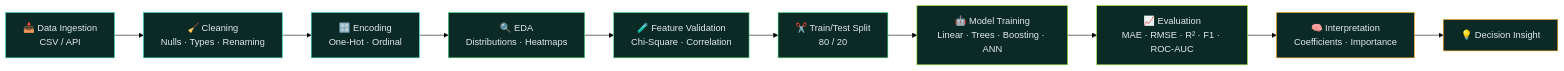
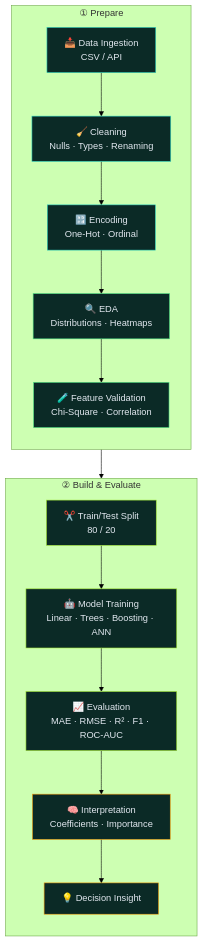
The first of 2 diagrams in README.md (Manohargov/ML-Practice), drawn with Mermaid (forest theme) before and after one commit.

Commit message:
docs: restructure pipeline diagram into two-column subgraph layout

````diff
--- a/README.md
+++ b/README.md
@@ -322,23 +322,31 @@
 ```mermaid
-flowchart LR
-    A["📥 Data Ingestion<br/>CSV / API"] --> B["🧹 Cleaning<br/>Nulls · Types · Renaming"]
-    B --> C["🔡 Encoding<br/>One-Hot · Ordinal"]
-    C --> D["🔍 EDA<br/>Distributions · Heatmaps"]
-    D --> E["🧪 Feature Validation<br/>Chi-Square · Correlation"]
-    E --> F["✂️ Train/Test Split<br/>80 / 20"]
-    F --> G["🤖 Model Training<br/>Linear · Trees · Boosting · ANN"]
-    G --> H["📈 Evaluation<br/>MAE · RMSE · R² · F1 · ROC-AUC"]
-    H --> I["🧠 Interpretation<br/>Coefficients · Importance"]
-    I --> J["💡 Decision Insight"]
+flowchart TB
+    subgraph PREP["① Prepare"]
+        direction TB
+        A["📥 Data Ingestion<br/>CSV / API"] --> B["🧹 Cleaning<br/>Nulls · Types · Renaming"]
+        B --> C["🔡 Encoding<br/>One-Hot · Ordinal"]
+        C --> D["🔍 EDA<br/>Distributions · Heatmaps"]
+        D --> E["🧪 Feature Validation<br/>Chi-Square · Correlation"]
+    end
+
+    subgraph BUILD["② Build & Evaluate"]
+        direction TB
+        F["✂️ Train/Test Split<br/>80 / 20"] --> G["🤖 Model Training<br/>Linear · Trees · Boosting · ANN"]
+        G --> H["📈 Evaluation<br/>MAE · RMSE · R² · F1 · ROC-AUC"]
+        H --> I["🧠 Interpretation<br/>Coefficients · Importance"]
+        I --> J["💡 Decision Insight"]
+    end
+
+    E --> F
 
     style A fill:#0b2a26,stroke:#2DD4BF,color:#e2e8f0
     style B fill:#0b2a26,stroke:#2DD4BF,color:#e2e8f0
     style C fill:#0b2a26,stroke:#2DD4BF,color:#e2e8f0
     style D fill:#0b2a26,stroke:#4ADE80,color:#e2e8f0
     style E fill:#0b2a26,stroke:#4ADE80,color:#e2e8f0
-    style F fill:#0b2a26,stroke:#4ADE80,color:#e2e8f0
+    style F fill:#0b2a26,stroke:#A3E635,color:#e2e8f0
     style G fill:#0b2a26,stroke:#A3E635,color:#e2e8f0
     style H fill:#0b2a26,stroke:#A3E635,color:#e2e8f0
     style I fill:#0b2a26,stroke:#F59E0B,color:#e2e8f0
     style J fill:#0b2a26,stroke:#F59E0B,color:#e2e8f0
 ```
````
